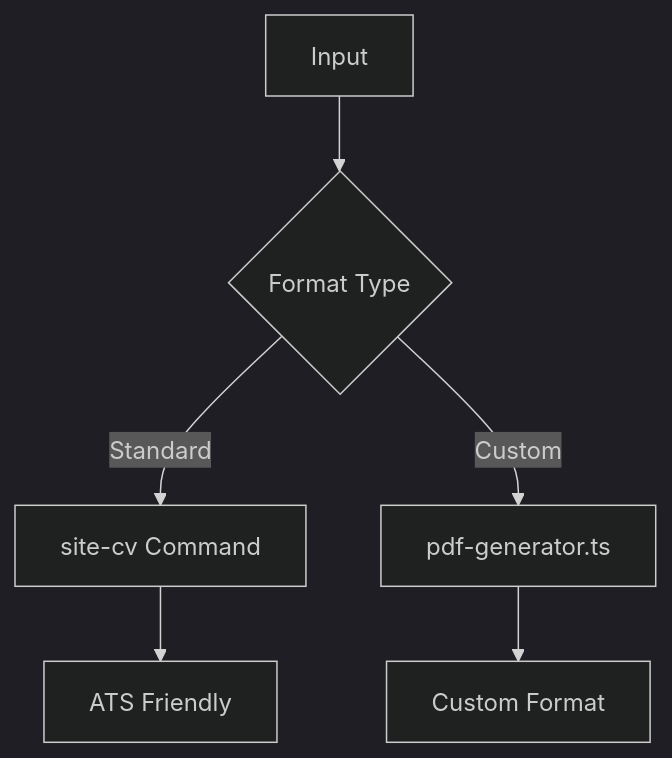
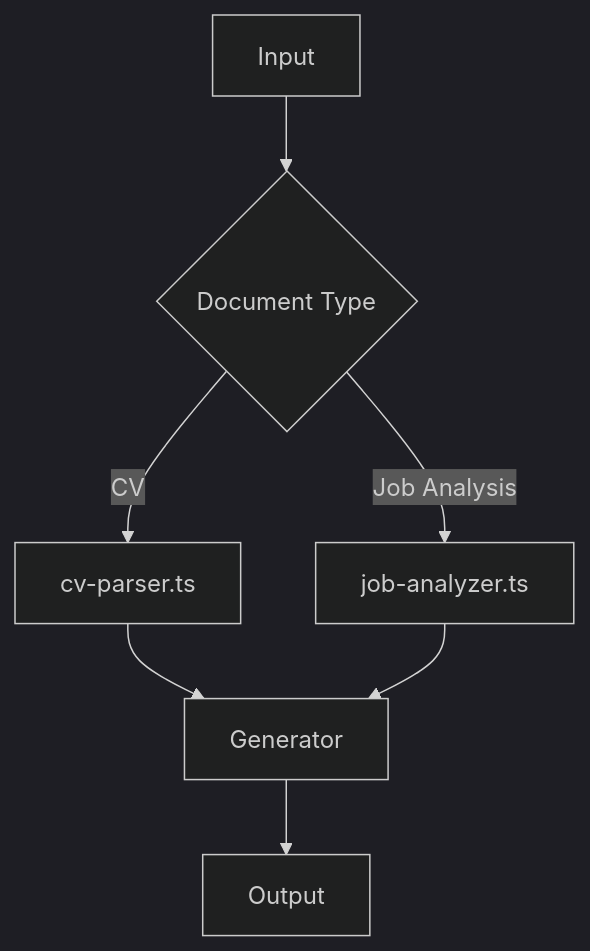
Before and after one commit to TheScottyB/dzb-cv: the diagram in AGENT.md, drawn with Mermaid (dark theme). The commit also changed other lines of this file, not shown here.

First line of the commit message:
refactor: update document generation process and improve core principles

````diff
--- a/AGENT.md
+++ b/AGENT.md
@@ -11,8 +11,9 @@
    ```mermaid
    graph TD
-      A[Input] --> B{Format Type}
-      B -->|Standard| C[site-cv Command]
-      B -->|Custom| D[pdf-generator.ts]
-      C --> E[ATS Friendly]
-      D --> F[Custom Format]
+      A[Input] --> B{Document Type}
+      B -->|CV| C[cv-parser.ts]
+      B -->|Job Analysis| D[job-analyzer.ts]
+      C --> E[Generator]
+      D --> E
+      E --> F[Output]
    ```
````
